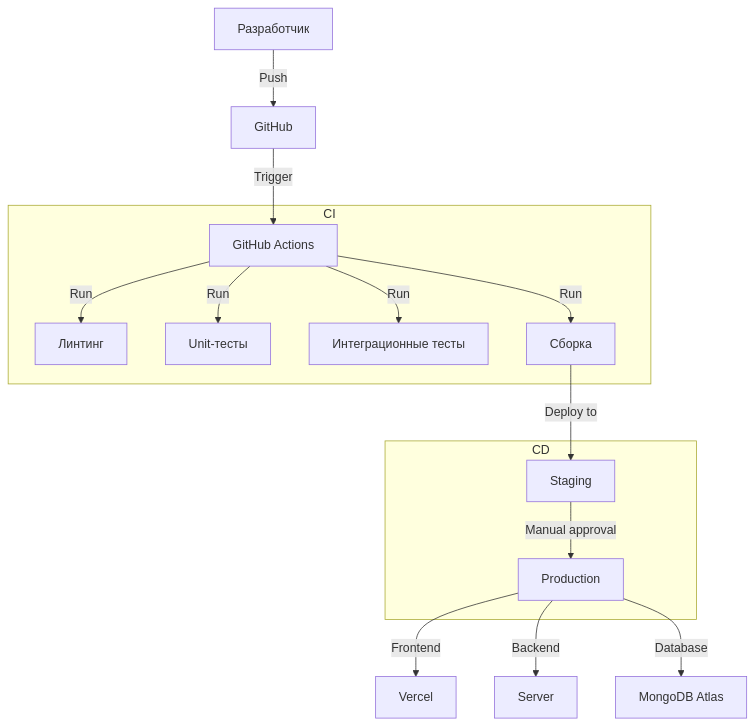
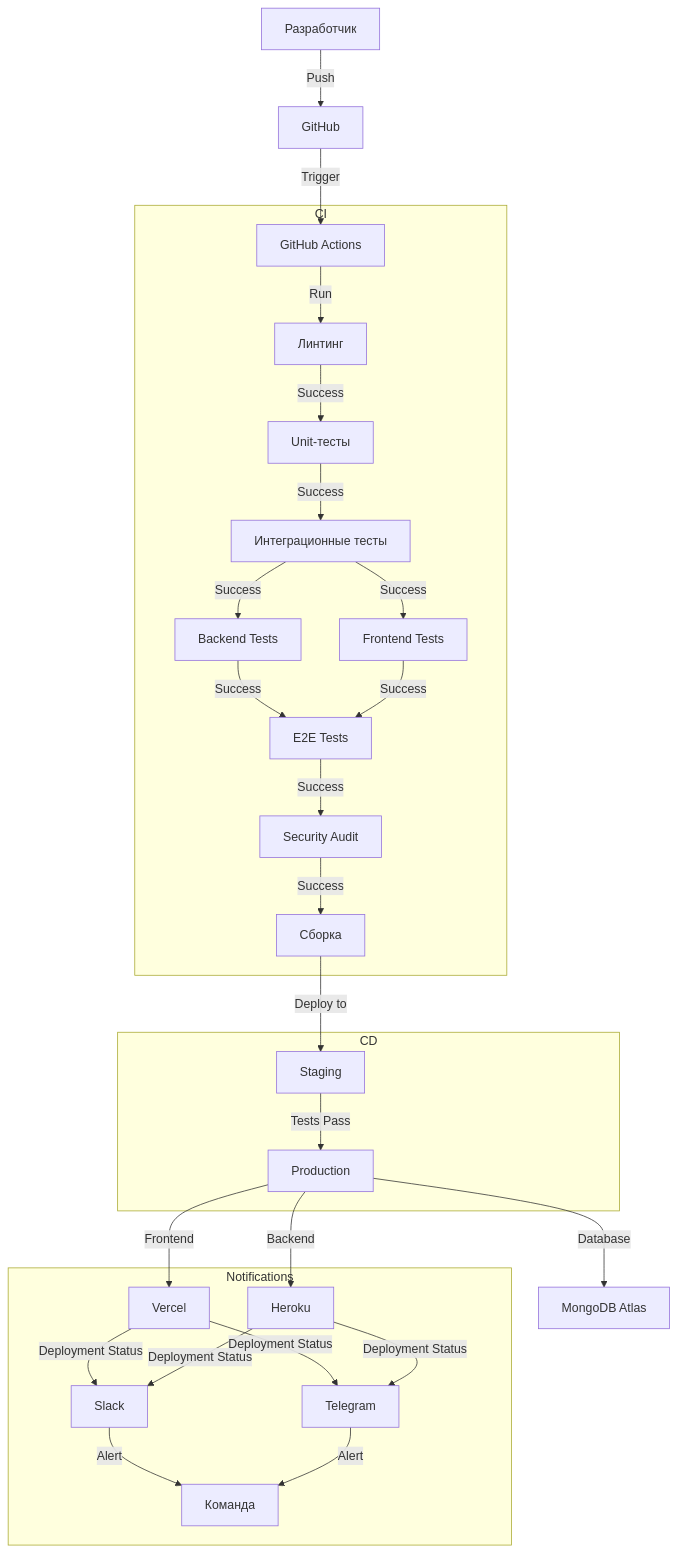
Diagram 13 of 15 in docs/architecture.md (CY8ERPUNK1984/habit-game), drawn with Mermaid before and after one commit. The commit also changed other lines of this file and 1 other file, not shown here.

````diff
--- a/docs/architecture.md
+++ b/docs/architecture.md
@@ -348,21 +582,35 @@
 ```mermaid
 graph TD
     Developer[Разработчик] -->|Push| GitHub[GitHub]
     GitHub -->|Trigger| Actions[GitHub Actions]
     
     subgraph CI
         Actions -->|Run| Lint[Линтинг]
-        Actions -->|Run| UnitTests[Unit-тесты]
-        Actions -->|Run| IntegrationTests[Интеграционные тесты]
-        Actions -->|Run| Build[Сборка]
+        Lint -->|Success| UnitTests[Unit-тесты]
+        UnitTests -->|Success| IntegrationTests[Интеграционные тесты]
+        IntegrationTests -->|Success| BackendTests[Backend Tests]
+        IntegrationTests -->|Success| FrontendTests[Frontend Tests]
+        BackendTests -->|Success| E2ETests[E2E Tests]
+        FrontendTests -->|Success| E2ETests
+        E2ETests -->|Success| SecurityAudit[Security Audit]
+        SecurityAudit -->|Success| Build[Сборка]
     end
     
     subgraph CD
         Build -->|Deploy to| Staging[Staging]
-        Staging -->|Manual approval| Production[Production]
+        Staging -->|Tests Pass| Production[Production]
     end
     
     Production -->|Frontend| Vercel[Vercel]
-    Production -->|Backend| Server[Server]
+    Production -->|Backend| Heroku[Heroku]
     Production -->|Database| MongoDB[MongoDB Atlas]
+    
+    subgraph Notifications
+        Vercel -->|Deployment Status| Slack[Slack]
+        Heroku -->|Deployment Status| Slack
+        Slack -->|Alert| Team[Команда]
+        Vercel -->|Deployment Status| Telegram[Telegram]
+        Heroku -->|Deployment Status| Telegram
+        Telegram -->|Alert| Team
+    end
 ```
````
